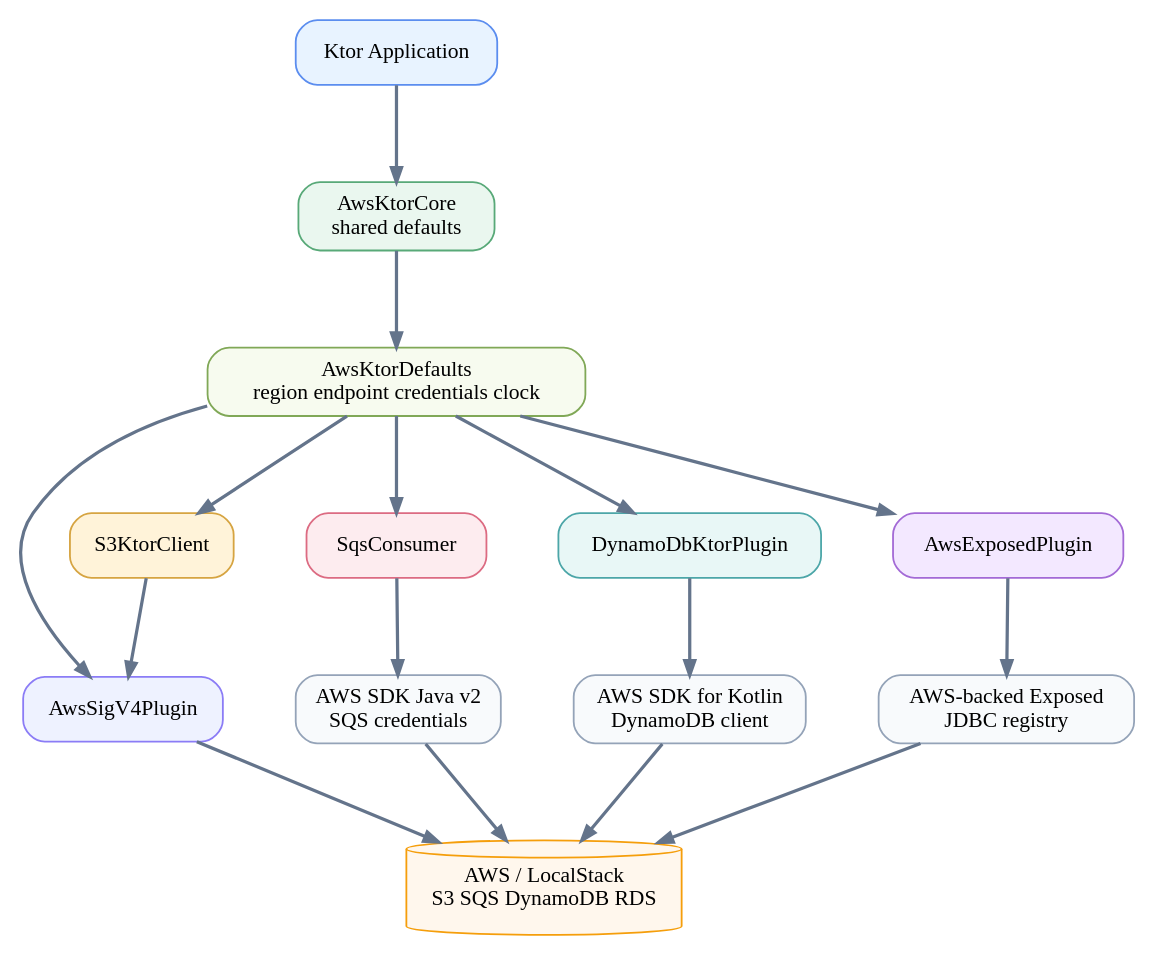
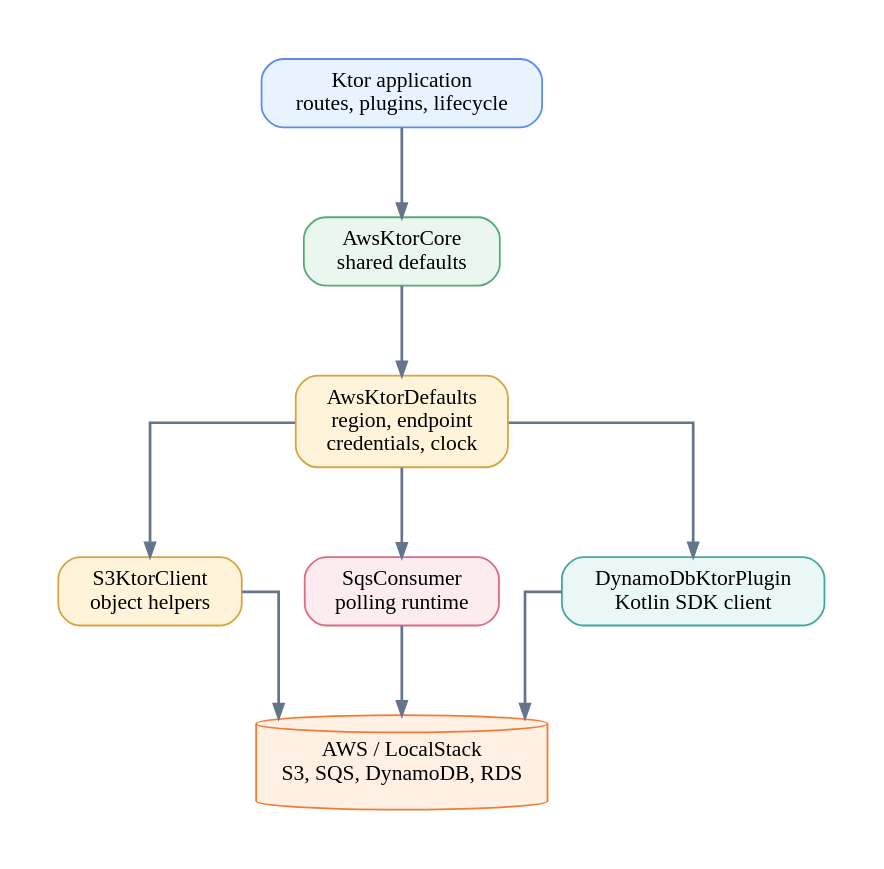
The diagram in docs/images/readme-diagrams/aws-ktor-architecture-01.dot (bluetape4k/bluetape4k-aws), drawn with Graphviz before and after one commit. The commit also changed 92 other files, not shown here.

First line of the commit message:
docs: repair README diagram checklist compliance

```diff
--- a/docs/images/readme-diagrams/aws-ktor-architecture-01.dot
+++ b/docs/images/readme-diagrams/aws-ktor-architecture-01.dot
@@ -1,37 +1,20 @@
-digraph AwsKtorArchitecture {
-  graph [rankdir=TB, bgcolor="#ffffff", nodesep=0.55, ranksep=0.75]
-  node [shape=box, style="rounded,filled", fontname="Architects Daughter", fontsize=12, margin="0.14,0.08"]
-  edge [color="#64748b", penwidth=1.8, arrowsize=0.8]
-
-  app [label="Ktor Application", fillcolor="#e8f3ff", color="#5b8def"]
-  core [label="AwsKtorCore\nshared defaults", fillcolor="#eaf7ef", color="#58a978"]
-  defaults [label="AwsKtorDefaults\nregion endpoint credentials clock", fillcolor="#f7fbef", color="#80a857"]
-
-  sigv4 [label="AwsSigV4Plugin", fillcolor="#eef2ff", color="#8b7cf6"]
-  s3 [label="S3KtorClient", fillcolor="#fff3d9", color="#d6a441"]
-  sqs [label="SqsConsumer", fillcolor="#fdecef", color="#dc6b82"]
-  dynamo [label="DynamoDbKtorPlugin", fillcolor="#e8f7f6", color="#4ca6a8"]
-  exposed [label="AwsExposedPlugin", fillcolor="#f3e8ff", color="#a36ad6"]
-
-  java [label="AWS SDK Java v2\nSQS credentials", fillcolor="#f8fafc", color="#94a3b8"]
-  kotlin [label="AWS SDK for Kotlin\nDynamoDB client", fillcolor="#f8fafc", color="#94a3b8"]
-  jdbc [label="AWS-backed Exposed\nJDBC registry", fillcolor="#f8fafc", color="#94a3b8"]
-
-  aws [label="AWS / LocalStack\nS3 SQS DynamoDB RDS", shape=cylinder, fillcolor="#fff7ed", color="#f59e0b"]
-
+digraph aws_ktor_architecture_01 {
+  graph [rankdir=TB, bgcolor="#ffffff", pad=0.35, nodesep=0.48, ranksep=0.70, splines=ortho]
+  node [shape=box, style="rounded,filled", fontname="Architects Daughter", fontsize=12, margin="0.14,0.09", color="#94a3b8", fillcolor="#f8fafc"]
+  edge [fontname="Comic Mono", fontsize=10, color="#64748b", penwidth=1.5, arrowsize=0.75]
+  app [label="Ktor application\nroutes, plugins, lifecycle", fillcolor="#E8F3FF", color="#5B8DEF"]
+  core [label="AwsKtorCore\nshared defaults", fillcolor="#EAF7EF", color="#58A978"]
+  defaults [label="AwsKtorDefaults\nregion, endpoint\ncredentials, clock", fillcolor="#FFF3D9", color="#D6A441"]
+  s3 [label="S3KtorClient\nobject helpers", fillcolor="#FFF3D9", color="#D6A441"]
+  sqs [label="SqsConsumer\npolling runtime", fillcolor="#FDECEF", color="#DC6B82"]
+  ddb [label="DynamoDbKtorPlugin\nKotlin SDK client", fillcolor="#E9F7F6", color="#45A7A1"]
+  aws [label="AWS / LocalStack\nS3, SQS, DynamoDB, RDS", fillcolor="#FFF0E3", color="#F47B36", shape=cylinder]
   app -> core
   core -> defaults
-  defaults -> sigv4
   defaults -> s3
   defaults -> sqs
-  defaults -> dynamo
-  defaults -> exposed
-  s3 -> sigv4
-  sqs -> java
-  dynamo -> kotlin
-  exposed -> jdbc
-  sigv4 -> aws
-  java -> aws
-  kotlin -> aws
-  jdbc -> aws
+  defaults -> ddb
+  s3 -> aws
+  sqs -> aws
+  ddb -> aws
 }
```
